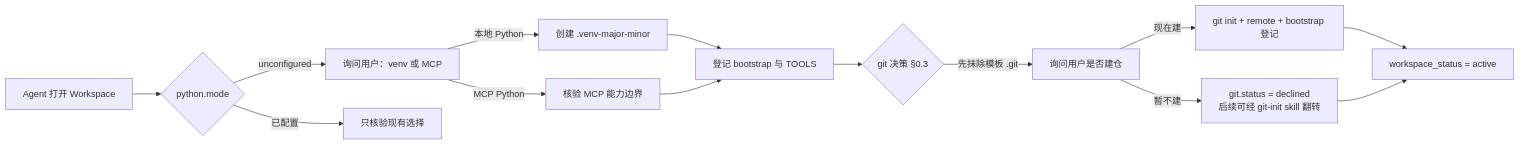
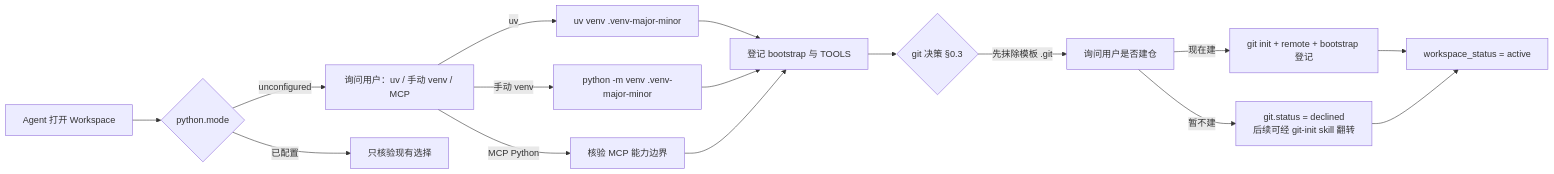
The diagram in README.md (KinoluKaslana/WorkspaceTemplate), drawn with Mermaid before and after one commit. The commit also changed other lines of this file and 11 other files, not shown here.

````diff
--- a/README.md
+++ b/README.md
@@ -83,16 +101,18 @@
 ```mermaid
 flowchart LR
     A[Agent 打开 Workspace] --> B{python.mode}
-    B -->|unconfigured| C[询问用户：venv 或 MCP]
-    C -->|本地 Python| D[创建 .venv-major-minor]
+    B -->|unconfigured| C[询问用户：uv / 手动 venv / MCP]
+    C -->|uv| D1[uv venv .venv-major-minor]
+    C -->|手动 venv| D2[python -m venv .venv-major-minor]
     C -->|MCP Python| E[核验 MCP 能力边界]
-    D --> F[登记 bootstrap 与 TOOLS]
+    D1 --> F[登记 bootstrap 与 TOOLS]
+    D2 --> F
     E --> F
     F --> G{git 决策 §0.3}
     G -->|先抹除模板 .git| H[询问用户是否建仓]
     H -->|现在建| I[git init + remote + bootstrap 登记]
     H -->|暂不建| J[git.status = declined<br>后续可经 git-init skill 翻转]
     I --> K[workspace_status = active]
     J --> K
     B -->|已配置| L[只核验现有选择]
 ```
````
